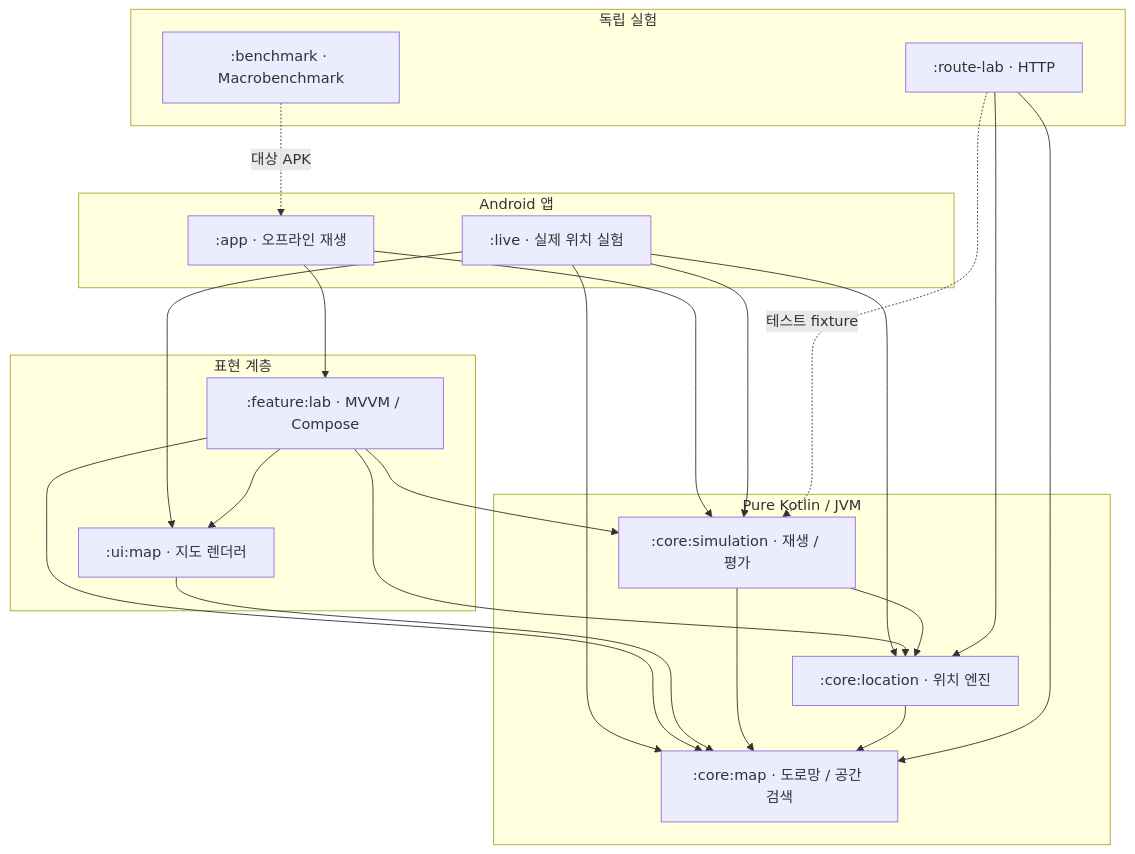
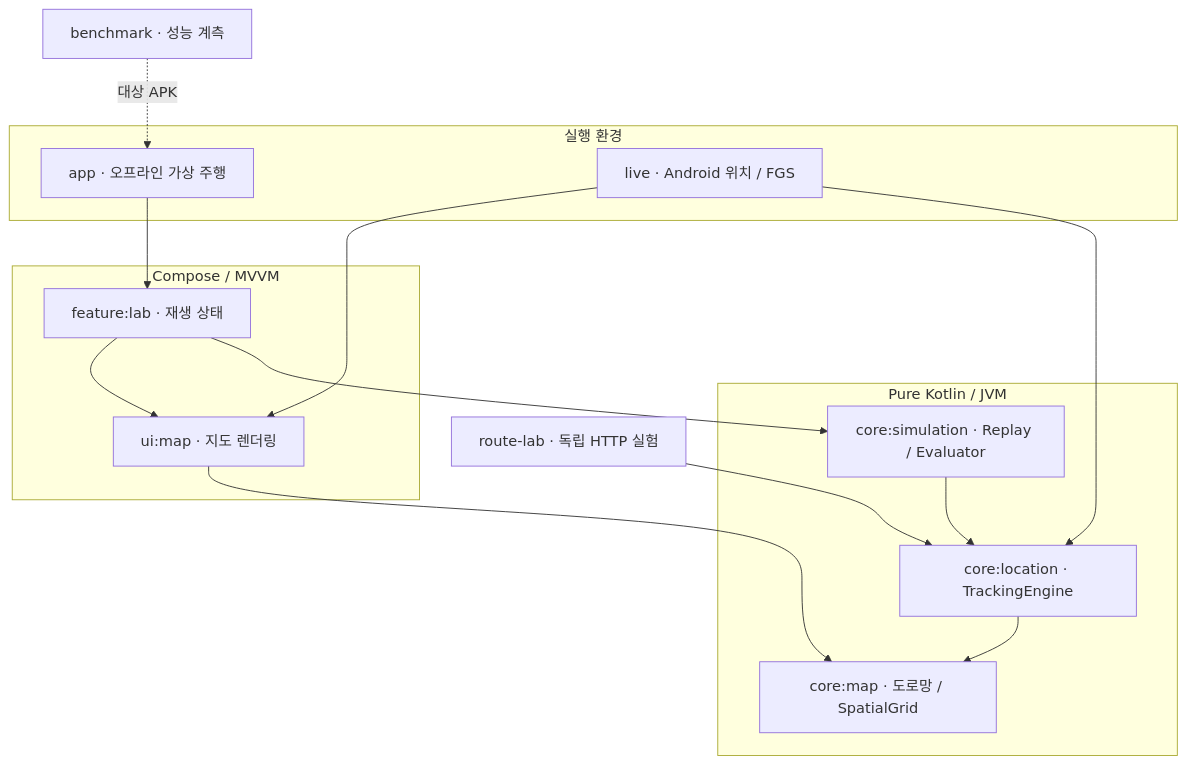
Before and after one commit to CodingBot000/AndroidLocaltionRecovery: the diagram in README.md, drawn with Mermaid. The commit also changed other lines of this file and 18 other files, not shown here.

````diff
--- a/README.md
+++ b/README.md
@@ -25,29 +35,26 @@
 ```mermaid
 flowchart TD
-    subgraph Apps["Android 앱"]
-        A[":app · 오프라인 재생"]
-        B[":live · 실제 위치 실험"]
-    end
-    subgraph UI["표현 계층"]
-        F[":feature:lab · MVVM / Compose"]
-        U[":ui:map · 지도 렌더러"]
+    subgraph Inputs["실행 환경"]
+        A["app · 오프라인 가상 주행"]
+        B["live · Android 위치 / FGS"]
     end
     subgraph Core["Pure Kotlin / JVM"]
-        S[":core:simulation · 재생 / 평가"]
-        L[":core:location · 위치 엔진"]
-        M[":core:map · 도로망 / 공간 검색"]
+        S["core:simulation · Replay / Evaluator"]
+        L["core:location · TrackingEngine"]
+        M["core:map · 도로망 / SpatialGrid"]
     end
-    subgraph Labs["독립 실험"]
-        R[":route-lab · HTTP"]
-        Q[":benchmark · Macrobenchmark"]
+    subgraph UI["Compose / MVVM"]
+        F["feature:lab · 재생 상태"]
+        U["ui:map · 지도 렌더링"]
     end
-    A --> F & S
-    B --> U & S & L & M
-    F --> U & S & L & M
+    A --> F
+    F --> S
+    S --> L
+    B --> L
+    L --> M
+    F --> U
+    B --> U
     U --> M
-    S --> L & M
-    L --> M
-    R --> L & M
-    R -. 테스트 fixture .-> S
-    Q -. 대상 APK .-> A
+    R["route-lab · 독립 HTTP 실험"] --> L
+    Q["benchmark · 성능 계측"] -. 대상 APK .-> A
 ```
````
